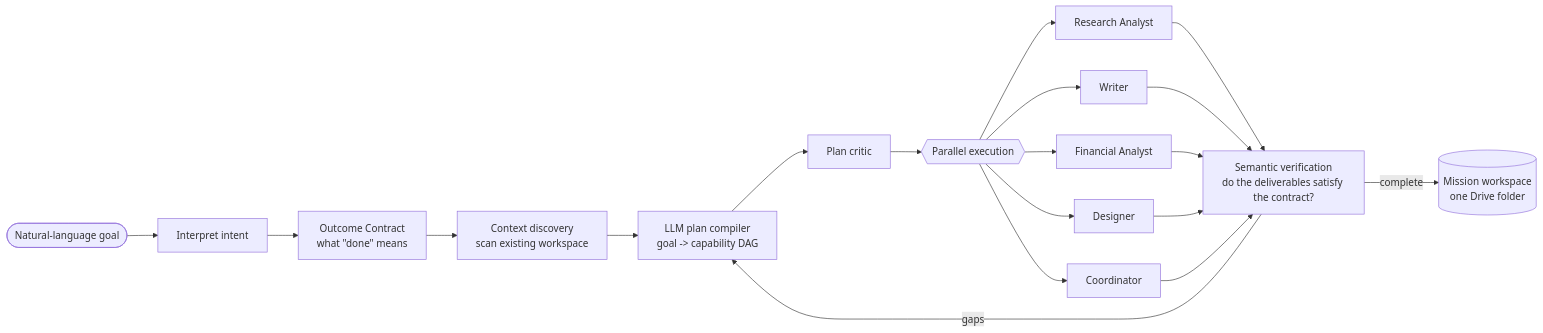
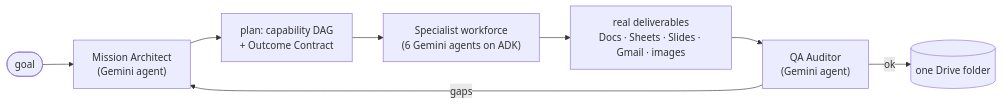
Before and after one commit to TusharTechs/nexora: the diagram in README.md, drawn with Mermaid. The commit also changed other lines of this file and 2 other files, not shown here.

First line of the commit message:
README + ARCHITECTURE rewrite; frontend standing-instructions panel

````diff
--- a/README.md
+++ b/README.md
@@ -34,17 +35,10 @@
 ```mermaid
 flowchart LR
-    G([Natural-language goal]) --> I[Interpret intent]
-    I --> C[Outcome Contract<br/>what &quot;done&quot; means]
-    C --> D[Context discovery<br/>scan existing workspace]
-    D --> P[LLM plan compiler<br/>goal -> capability DAG]
-    P --> K[Plan critic]
-    K --> X{{Parallel execution}}
-    X --> R[Research Analyst]
-    X --> W[Writer]
-    X --> F[Financial Analyst]
-    X --> DS[Designer]
-    X --> CO[Coordinator]
-    R & W & F & DS & CO --> V[Semantic verification<br/>do the deliverables satisfy the contract?]
-    V -->|gaps| P
-    V -->|complete| WS[(Mission workspace<br/>one Drive folder)]
+    G([goal]) --> A["Mission Architect<br/>(Gemini agent)"]
+    A --> P["plan: capability DAG<br/>+ Outcome Contract"]
+    P --> W["Specialist workforce<br/>(6 Gemini agents on ADK)"]
+    W --> D["real deliverables<br/>Docs · Sheets · Slides · Gmail · images"]
+    D --> Q["QA Auditor<br/>(Gemini agent)"]
+    Q -- gaps --> A
+    Q -- ok --> F[(one Drive folder)]
 ```
````
